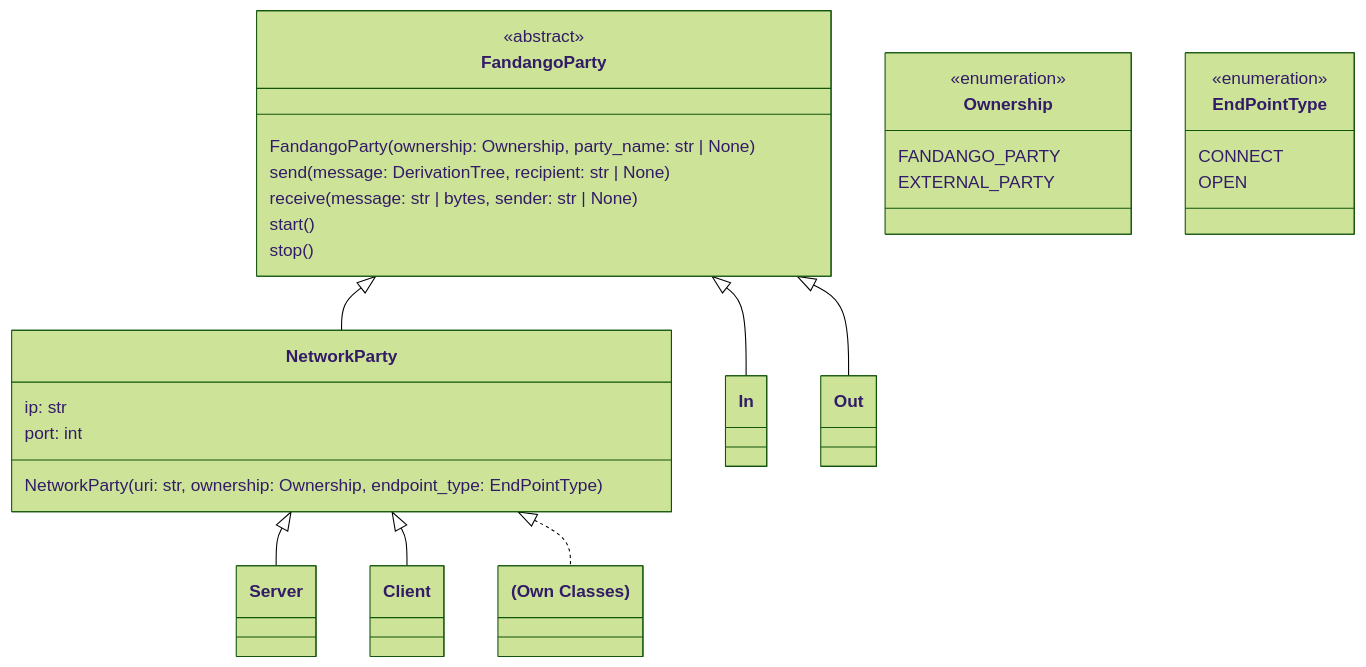
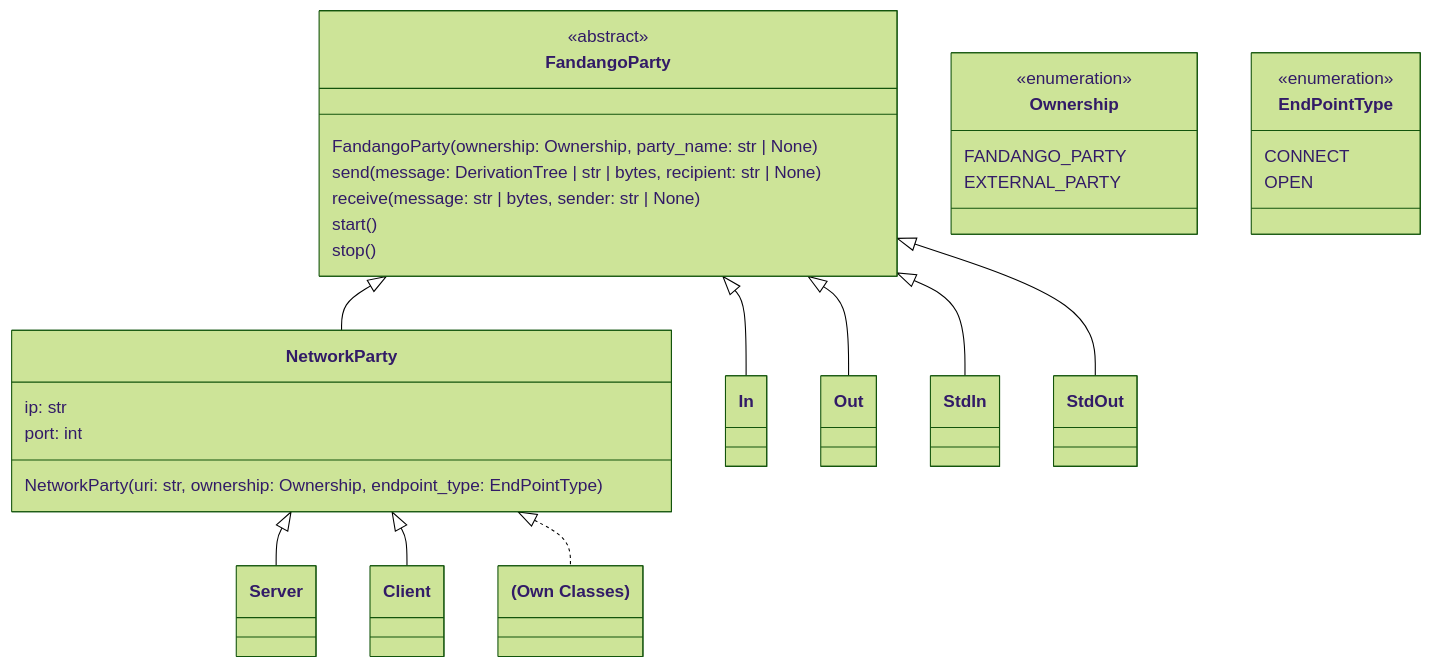
One commit to fandango-fuzzer/fandango changed the diagram in docs/FandangoParty.md. Above: the diagram before and after it, drawn with Mermaid (forest theme). The commit also changed other lines of this file and 5 other files, not shown here.

````diff
--- a/docs/FandangoParty.md
+++ b/docs/FandangoParty.md
@@ -19,38 +19,42 @@
 ```{mermaid}
 classDiagram
     class FandangoParty {
         <<abstract>>
         FandangoParty(ownership: Ownership, party_name: str | None)
-        send(message: DerivationTree, recipient: str | None)
+        send(message: DerivationTree | str | bytes, recipient: str | None)
         receive(message: str | bytes, sender: str | None)
         start()
         stop()
     }
     FandangoParty <|-- NetworkParty
     class NetworkParty{
         NetworkParty(uri: str, ownership: Ownership, endpoint_type: EndPointType)
         ip: str
         port: int
     }
     NetworkParty <|-- Server
     NetworkParty <|-- Client
     NetworkParty <|.. `(Own Classes)`
     FandangoParty <|-- In
     FandangoParty <|-- Out
+    FandangoParty <|-- StdIn
+    FandangoParty <|-- StdOut
     class Ownership {
          <<enumeration>>
         FANDANGO_PARTY
         EXTERNAL_PARTY
     }
     class EndPointType {
          <<enumeration>>
         CONNECT
         OPEN
     }
     click FandangoParty href "#the-fandangoparty-class" "Base class for communicating with a party"
     click NetworkParty href "#the-networkparty-class" "Connect to an Internet party"
     click In href "#in-and-out" "Connect to standard input of an external program"
     click Out href "#in-and-out" "Connect to standard output of an external program"
+    click StdIn href "#in-and-out" "Connect to standard input of Fandango"
+    click StdOut href "#in-and-out" "Connect to standard output of Fandango"
     click Client href "#client-and-server" "Connect to a client"
     click Server href "#client-and-server" "Connect to a server"
 ```
````
